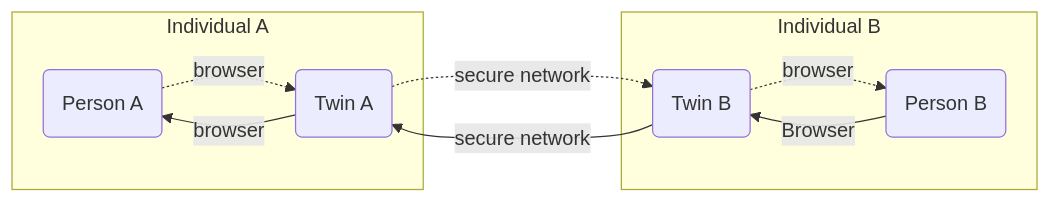
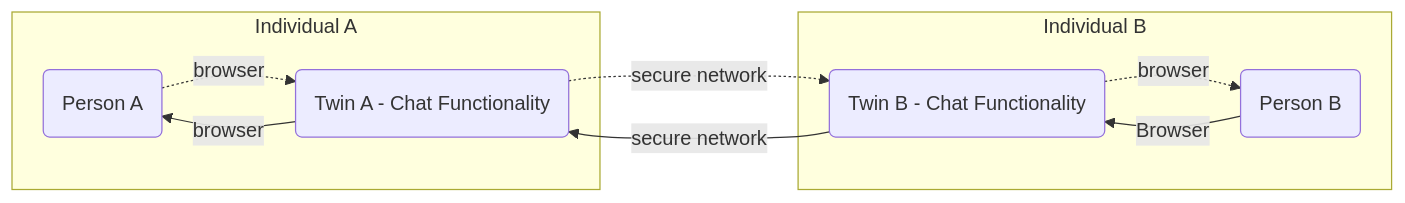
The second of 3 diagrams in docs/feasibility_study/src/Capabilities/Communication_chat.md (ourworldventures/ourworld_books_OLD), drawn with Mermaid before and after one commit. The commit also changed other lines of this file and 38 other files, not shown here.

Commit message:
Updated mermaids

````diff
--- a/docs/feasibility_study/src/Capabilities/Communication_chat.md
+++ b/docs/feasibility_study/src/Capabilities/Communication_chat.md
@@ -48,15 +48,15 @@
 ```mermaid
 graph LR
     
     subgraph Individual A
     INDIVIDUALA(Person A)
     INDIVIDUALA .->|browser| TWINA
     TWINA -->|browser| INDIVIDUALA
     end
-    TWINA(Twin A) .->|secure network| TWINB(Twin B)
+    TWINA(Twin A - Chat Functionality) .->|secure network| TWINB(Twin B - Chat Functionality)
     subgraph Individual B
     TWINB .->|browser| INDIVIDUALB
     INDIVIDUALB(Person B) -->|Browser| TWINB
     TWINB -->|secure network| TWINA
     end
 ```
````
